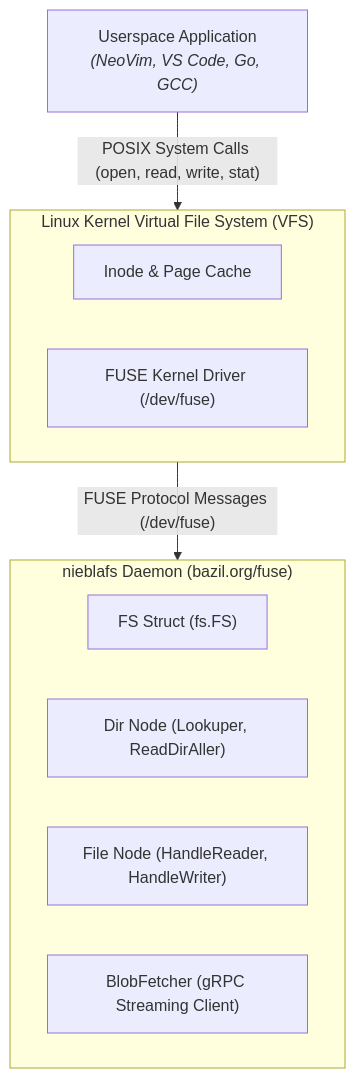
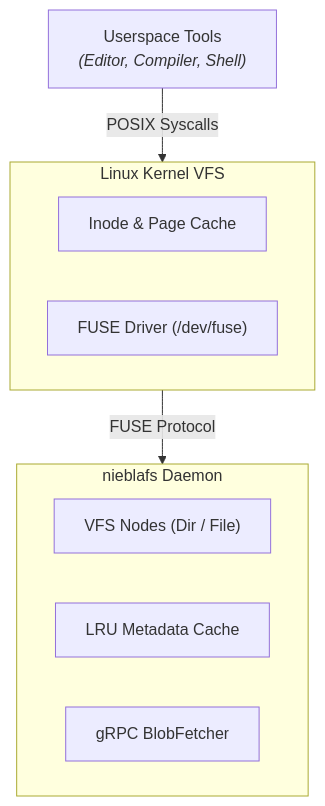
One commit to mrtnzjsh/niebla changed the first of 2 diagrams in docs-site/src/content/docs/architecture/fuse-internals.md. Above: the diagram before and after it, drawn with Mermaid. The commit also changed other lines of this file and 40 other files, not shown here.

````diff
--- a/docs-site/src/content/docs/architecture/fuse-internals.md
+++ b/docs-site/src/content/docs/architecture/fuse-internals.md
@@ -32,19 +14,18 @@
 ```mermaid
 flowchart TD
-    App["Userspace Application<br/><i>(NeoVim, VS Code, Go, GCC)</i>"]
+    App["Userspace Tools<br/><i>(Editor, Compiler, Shell)</i>"]
     
-    subgraph VFS["Linux Kernel Virtual File System (VFS)"]
-        VFS_CACHE["Inode & Page Cache"]
-        VFS_FUSE["FUSE Kernel Driver (/dev/fuse)"]
+    subgraph VFS["Linux Kernel VFS"]
+        VFS_CACHE["Inode &amp; Page Cache"]
+        VFS_FUSE["FUSE Driver (/dev/fuse)"]
     end
 
-    subgraph Daemon["nieblafs Daemon (bazil.org/fuse)"]
-        D_FS["FS Struct (fs.FS)"]
-        D_DIR["Dir Node (Lookuper, ReadDirAller)"]
-        D_FILE["File Node (HandleReader, HandleWriter)"]
-        D_FETCH["BlobFetcher (gRPC Streaming Client)"]
+    subgraph Daemon["nieblafs Daemon"]
+        D_FS["VFS Nodes (Dir / File)"]
+        D_META["LRU Metadata Cache"]
+        D_FETCH["gRPC BlobFetcher"]
     end
 
-    App -->|"POSIX System Calls (open, read, write, stat)"| VFS
-    VFS -->|"FUSE Protocol Messages (/dev/fuse)"| Daemon
+    App -->|"POSIX Syscalls"| VFS
+    VFS -->|"FUSE Protocol"| Daemon
 ```
````
